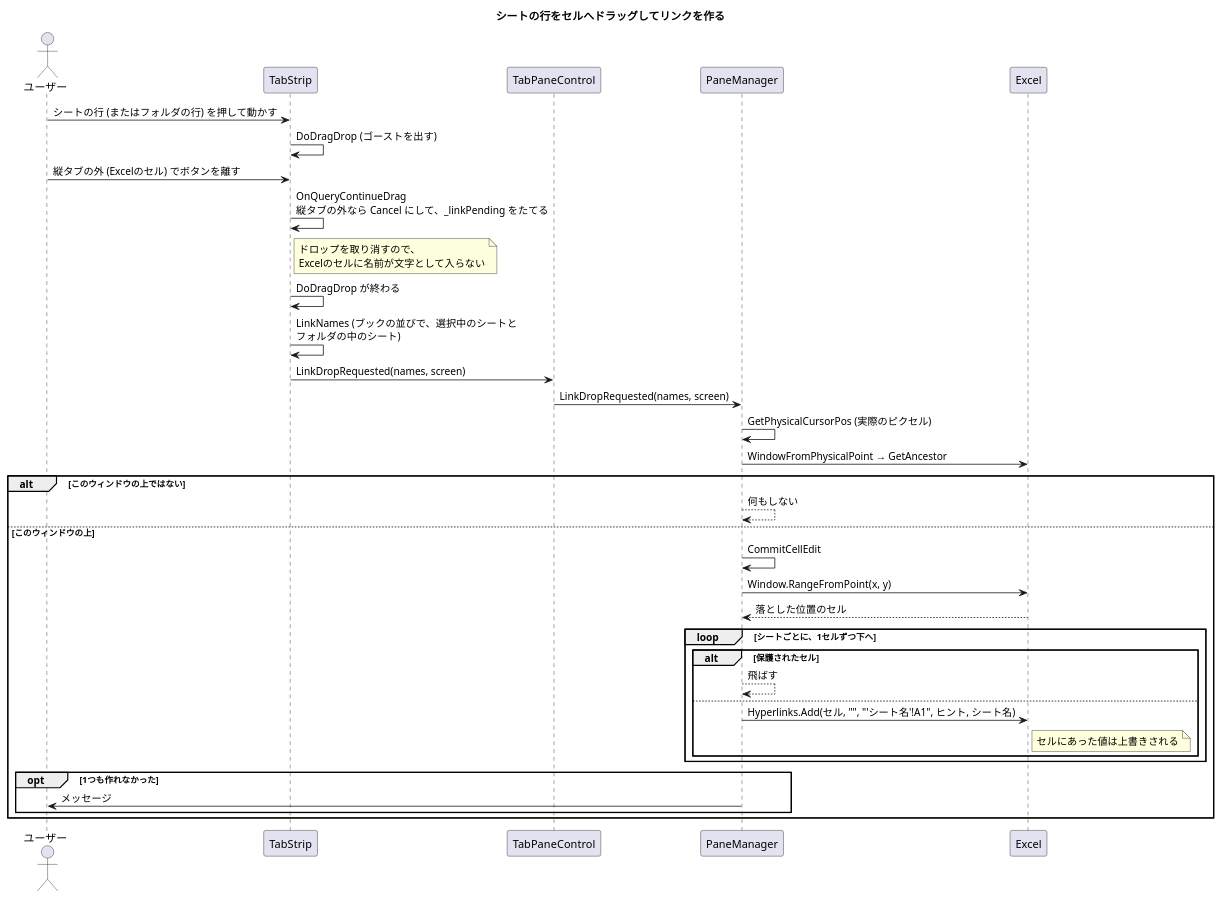
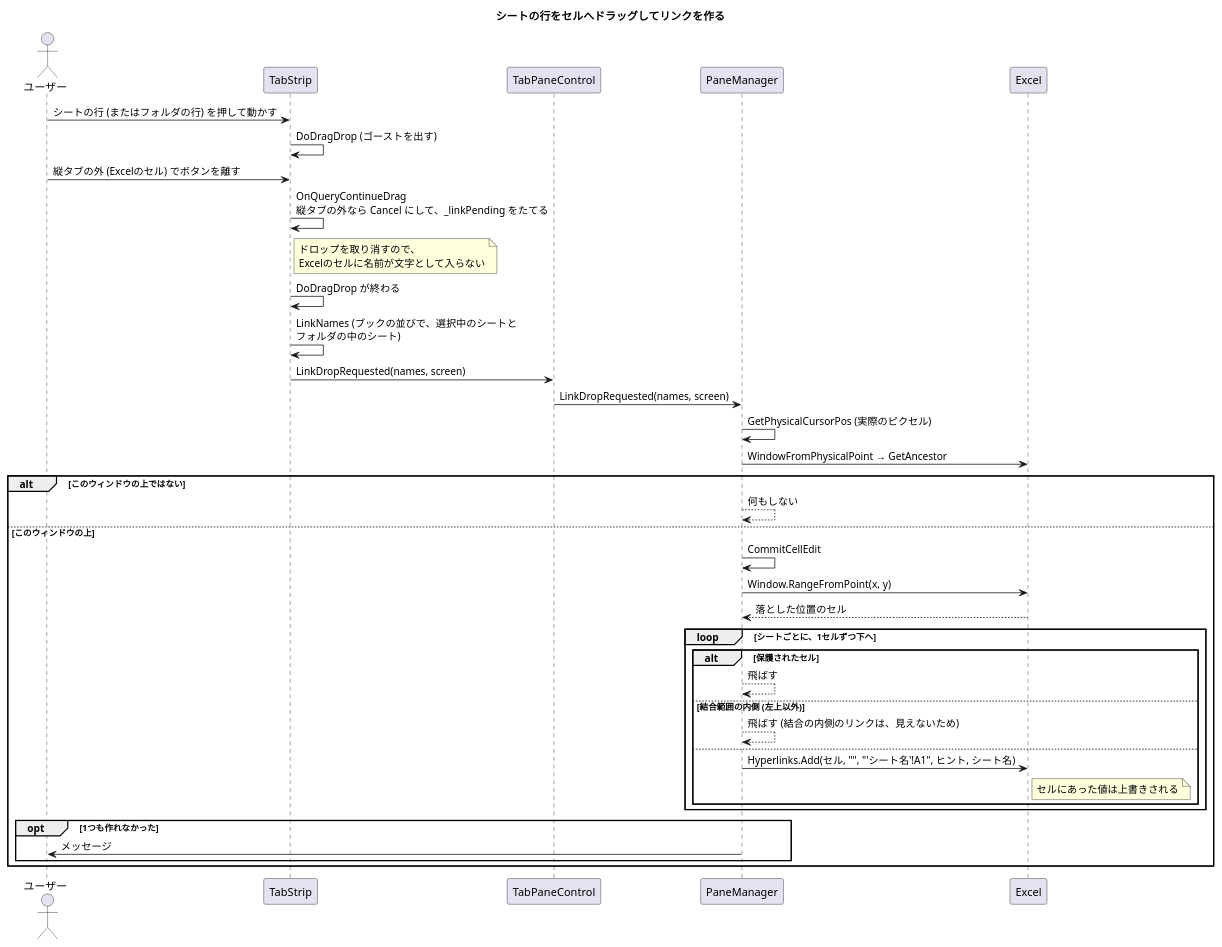
Before and after one commit to nk-taka623/VerticalSheetTabs: the diagram in docs/sequence-link.puml, drawn with PlantUML. The commit also changed 3 other files, not shown here.

```diff
--- a/docs/sequence-link.puml
+++ b/docs/sequence-link.puml
@@ -1,41 +1,43 @@
 @startuml
 title シートの行をセルへドラッグしてリンクを作る
 skinparam shadowing false
 skinparam sequenceMessageAlign left
 
 actor "ユーザー" as U
 participant "TabStrip" as S
 participant "TabPaneControl" as C
 participant "PaneManager" as P
 participant "Excel" as XL
 
 U -> S : シートの行 (またはフォルダの行) を押して動かす
 S -> S : DoDragDrop (ゴーストを出す)
 U -> S : 縦タブの外 (Excelのセル) でボタンを離す
 S -> S : OnQueryContinueDrag\n縦タブの外なら Cancel にして、_linkPending をたてる
 note right of S : ドロップを取り消すので、\nExcelのセルに名前が文字として入らない
 S -> S : DoDragDrop が終わる
 S -> S : LinkNames (ブックの並びで、選択中のシートと\nフォルダの中のシート)
 S -> C : LinkDropRequested(names, screen)
 C -> P : LinkDropRequested(names, screen)
 P -> P : GetPhysicalCursorPos (実際のピクセル)
 P -> XL : WindowFromPhysicalPoint → GetAncestor
 alt このウィンドウの上ではない
   P --> P : 何もしない
 else このウィンドウの上
   P -> P : CommitCellEdit
   P -> XL : Window.RangeFromPoint(x, y)
   XL --> P : 落とした位置のセル
   loop シートごとに、1セルずつ下へ
     alt 保護されたセル
       P --> P : 飛ばす
+    else 結合範囲の内側 (左上以外)
+      P --> P : 飛ばす (結合の内側のリンクは、見えないため)
     else
       P -> XL : Hyperlinks.Add(セル, "", "'シート名'!A1", ヒント, シート名)
       note right of XL : セルにあった値は上書きされる
     end
   end
   opt 1つも作れなかった
     P -> U : メッセージ
   end
 end
 @enduml
```
